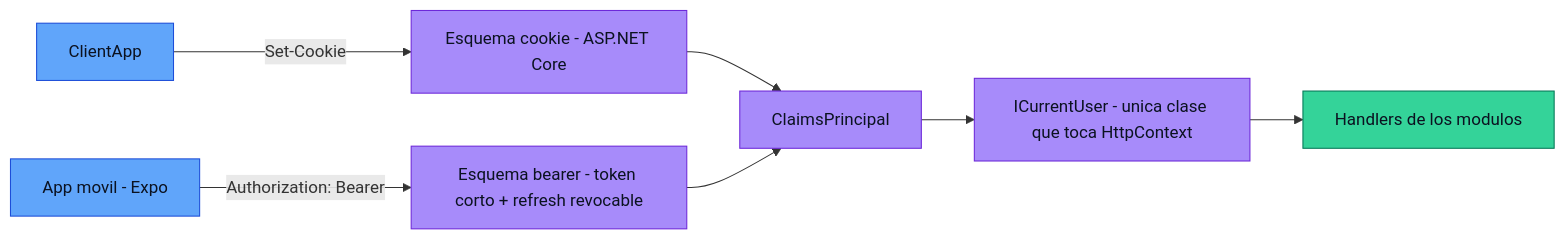
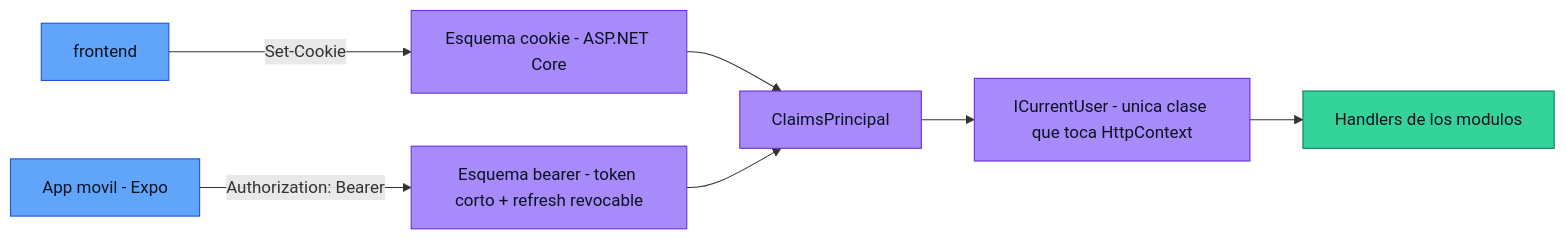
Before and after one commit to S3-Simple-Software-Solutions/CSH: the third of 14 diagrams in docs/diagramas.md, drawn with Mermaid. The commit also changed other lines of this file and 39 other files, not shown here.

````diff
--- a/docs/diagramas.md
+++ b/docs/diagramas.md
@@ -104,19 +104,19 @@
 ```mermaid
 flowchart LR
     classDef cliente fill:#60a5fa,color:#0b1220,stroke:#1d4ed8
     classDef host fill:#a78bfa,color:#0b1220,stroke:#6d28d9
     classDef logica fill:#34d399,color:#0b1220,stroke:#047857
 
-    SPA[ClientApp]:::cliente
+    SPA[frontend]:::cliente
     Movil["App movil - Expo"]:::cliente
 
     Cookie["Esquema cookie - ASP.NET Core"]:::host
     Bearer["Esquema bearer - token corto + refresh revocable"]:::host
     Principal[ClaimsPrincipal]:::host
     CU["ICurrentUser - unica clase que toca HttpContext"]:::host
     Handlers["Handlers de los modulos"]:::logica
 
     SPA -->|"Set-Cookie"| Cookie --> Principal
     Movil -->|"Authorization: Bearer"| Bearer --> Principal
     Principal --> CU --> Handlers
 ```
````
